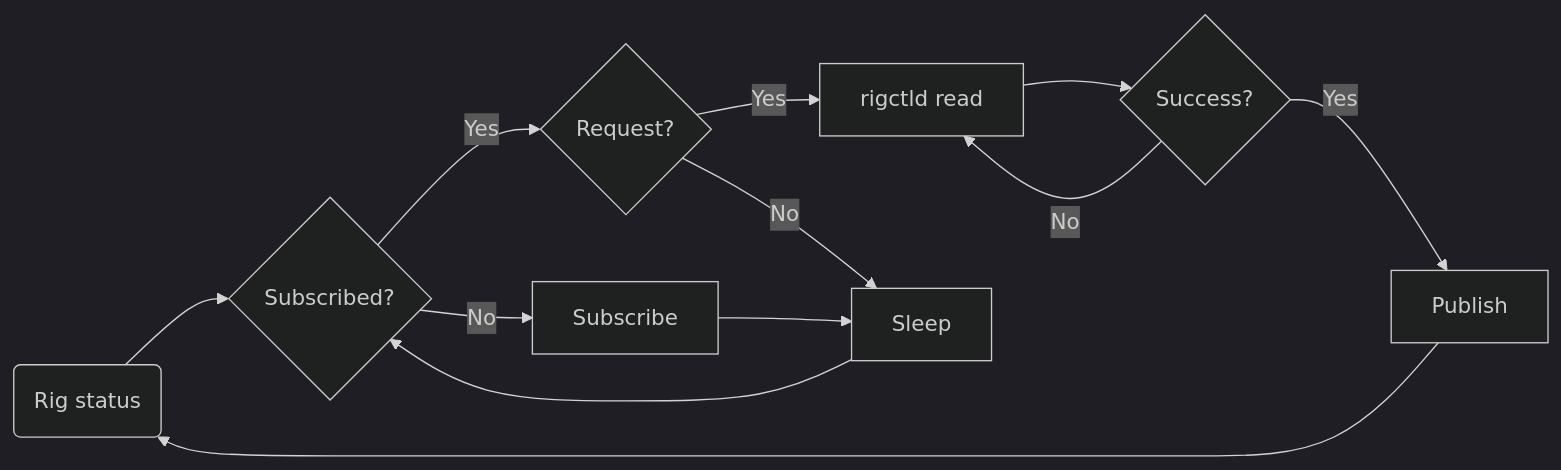
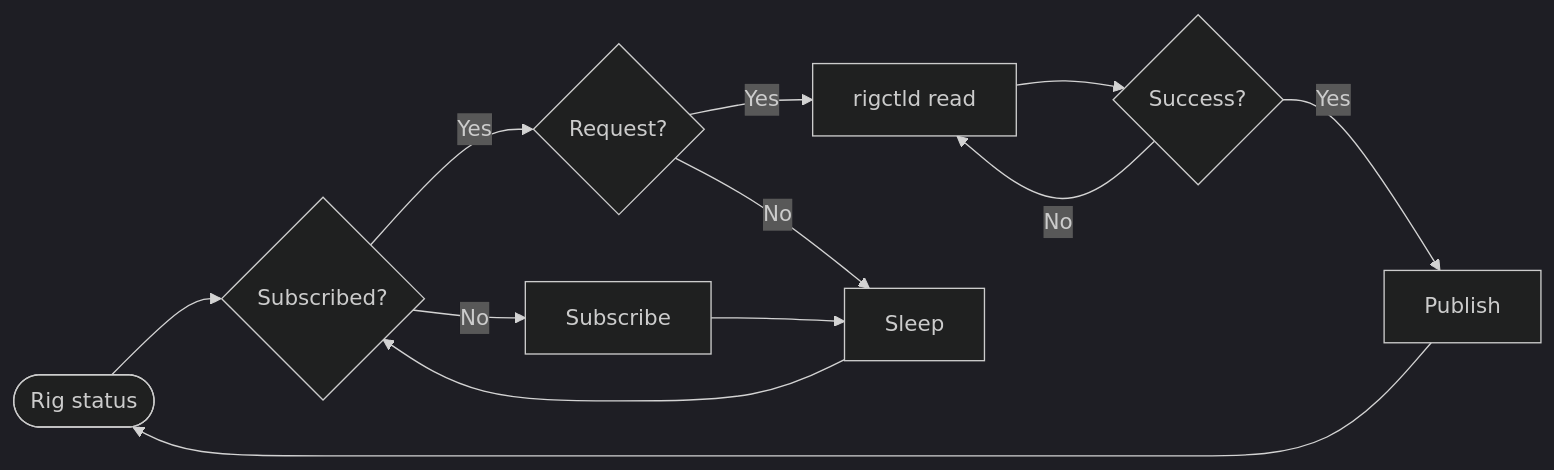
One commit to ckuhtz/ham changed the second of 2 diagrams in doc/workflow.md. Above: the diagram before and after it, drawn with Mermaid (dark theme). The commit also changed other lines of this file, not shown here.

````diff
--- a/doc/workflow.md
+++ b/doc/workflow.md
@@ -26,15 +26,15 @@
 ```mermaid
 flowchart LR;
-    Start(Rig status);
+    Start([Rig status]);
     Start --> Subscribed0{Subscribed?};
     Subscribed0 -->|Yes| Request0{Request?};
     Subscribed0 -->|No| Subscribed1[Subscribe];
     Subscribed1 --> Sleep0[Sleep];
     Request0 -->|Yes| Read0[rigctld read];
     Sleep0 --> Subscribed0;
     Request0 -->|No| Sleep0;
     Read0 --> Read1{Success?};
     Read1 -->|Yes| Publish0[Publish];
     Read1 -->|No| Read0;
     Publish0 --> Start;    
 ```
````
